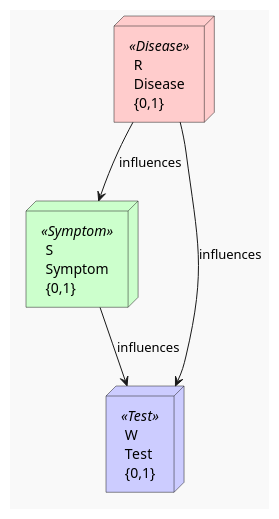
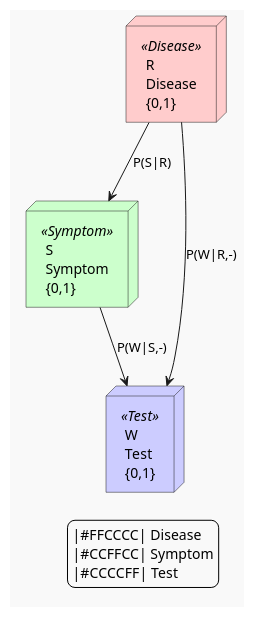
The first of 2 diagrams in aipa/llm-elevated/ch08-lecture-03.adoc (InquiryInstitute/AIPA), drawn with PlantUML before and after one commit. The commit also changed other lines of this file and 128 other files, not shown here.

```diff
--- a/aipa/llm-elevated/ch08-lecture-03.adoc
+++ b/aipa/llm-elevated/ch08-lecture-03.adoc
@@ -110,17 +110,22 @@
 [plantuml, BayesianNetwork, png]
 ....
 @startuml
 skinparam backgroundColor #F9F9F9
 skinparam node {
   BackgroundColor<<Disease>> #FFCCCC
   BackgroundColor<<Symptom>> #CCFFCC
   BackgroundColor<<Test>> #CCCCFF
 }
 node "R\nDisease\n{0,1}" as R <<Disease>>
 node "S\nSymptom\n{0,1}" as S <<Symptom>>
 node "W\nTest\n{0,1}" as W <<Test>>
-R --> S : influences
-R --> W : influences
-S --> W : influences
+R --> S : P(S|R)
+R --> W : P(W|R,‑)
+S --> W : P(W|S,‑)
+legend right
+  |#FFCCCC| Disease
+  |#CCFFCC| Symptom
+  |#CCCCFF| Test
+endlegend
 @enduml
 ....
```
